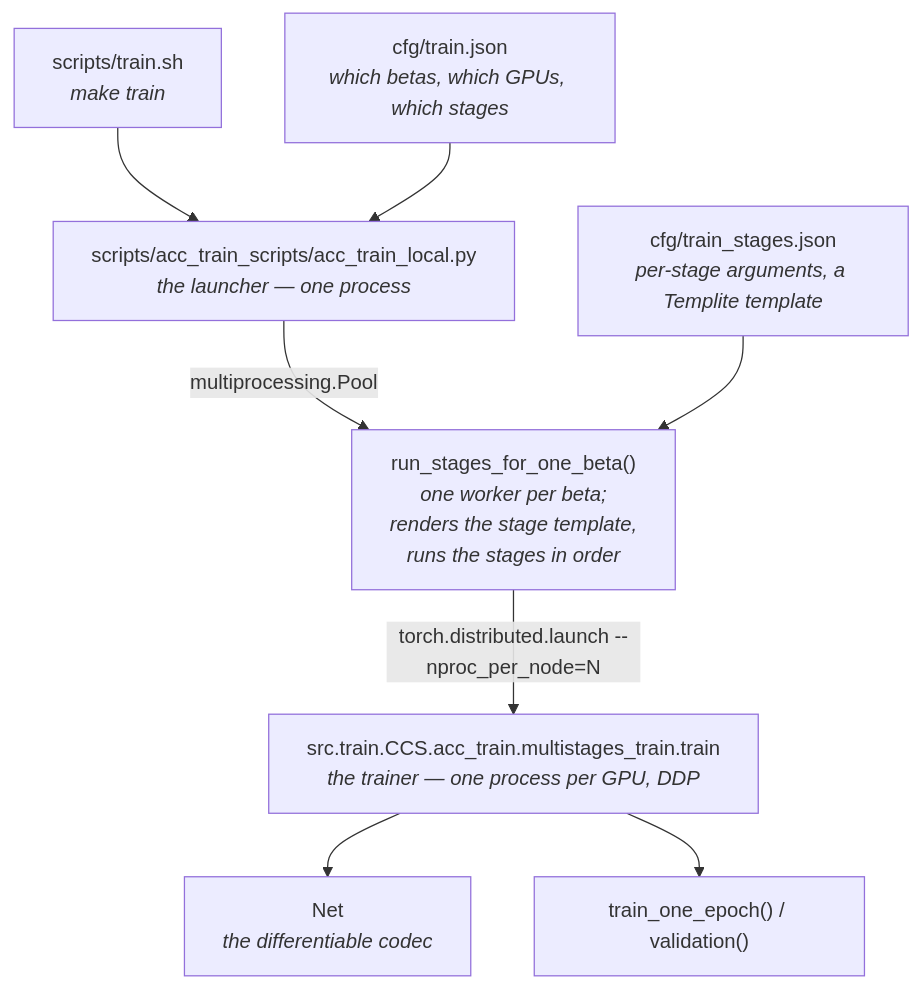
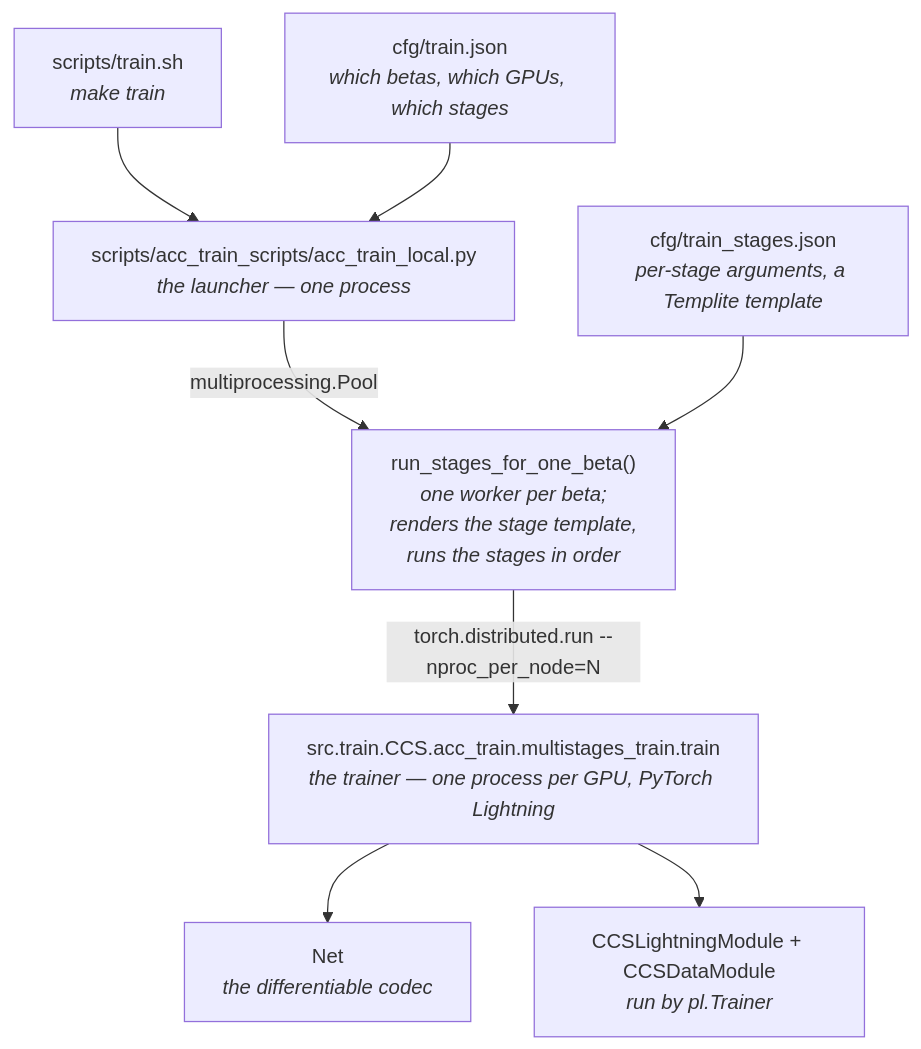
One commit to akarabutov/jpeg-ai-reference-software changed the first of 5 diagrams in docs/architecture/13-training.md. Above: the diagram before and after it, drawn with Mermaid. The commit also changed other lines of this file and 19 other files, not shown here.

First line of the commit message:
Refactor CCS training on top of PyTorch Lightning

````diff
--- a/docs/architecture/13-training.md
+++ b/docs/architecture/13-training.md
@@ -23,20 +23,20 @@
 ```mermaid
 flowchart TB
     SH["scripts/train.sh<br/><i>make train</i>"]
     LOCAL["scripts/acc_train_scripts/acc_train_local.py<br/><i>the launcher — one process</i>"]
     EXPAND["run_stages_for_one_beta()<br/><i>one worker per beta;<br/>renders the stage template,<br/>runs the stages in order</i>"]
-    TRAIN["src.train.CCS.acc_train.multistages_train.train<br/><i>the trainer — one process per GPU, DDP</i>"]
+    TRAIN["src.train.CCS.acc_train.multistages_train.train<br/><i>the trainer — one process per GPU, PyTorch Lightning</i>"]
     NET["Net<br/><i>the differentiable codec</i>"]
-    LOOP["train_one_epoch() / validation()"]
+    LOOP["CCSLightningModule + CCSDataModule<br/><i>run by pl.Trainer</i>"]
 
     CFG1["cfg/train.json<br/><i>which betas, which GPUs, which stages</i>"]
     STAGES["cfg/train_stages.json<br/><i>per-stage arguments, a Templite template</i>"]
 
     SH --> LOCAL
     CFG1 --> LOCAL
     LOCAL -->|"multiprocessing.Pool"| EXPAND
     STAGES --> EXPAND
-    EXPAND -->|"torch.distributed.launch --nproc_per_node=N"| TRAIN
+    EXPAND -->|"torch.distributed.run --nproc_per_node=N"| TRAIN
     TRAIN --> NET
     TRAIN --> LOOP
 ```
````
